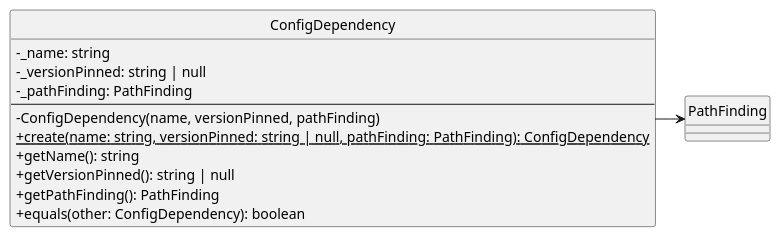
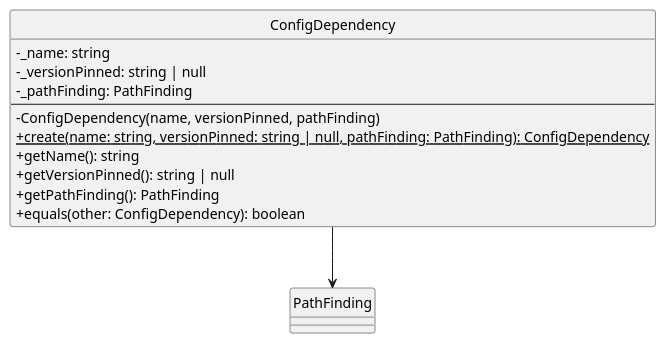
One commit to SkarabGroup/DocumentazioneProgetto changed the diagram in assets/st_diagrams/code/plantuml/analysis/domain/valueObjects/configDependency.vo.plantuml. Above: the diagram before and after it, drawn with PlantUML. The commit also changed 30 other files, not shown here.

```diff
--- a/assets/st_diagrams/code/plantuml/analysis/domain/valueObjects/configDependency.vo.plantuml
+++ b/assets/st_diagrams/code/plantuml/analysis/domain/valueObjects/configDependency.vo.plantuml
@@ -1,23 +1,23 @@
 @startuml ConfigDependency
 skinparam componentStyle uml2.5
 skinparam linetype ortho
 skinparam nodesep 30
 skinparam ranksep 30
 skinparam ClassAttributeIconSize 0
 hide circles
 
 class ConfigDependency {
     - _name: string
     - _versionPinned: string | null
     - _pathFinding: PathFinding
     ---
     - ConfigDependency(name, versionPinned, pathFinding)
     + {static} create(name: string, versionPinned: string | null, pathFinding: PathFinding): ConfigDependency
     + getName(): string
     + getVersionPinned(): string | null
     + getPathFinding(): PathFinding
     + equals(other: ConfigDependency): boolean
 }
 
-ConfigDependency --right-> PathFinding
+ConfigDependency --down-> PathFinding
 @enduml
```
